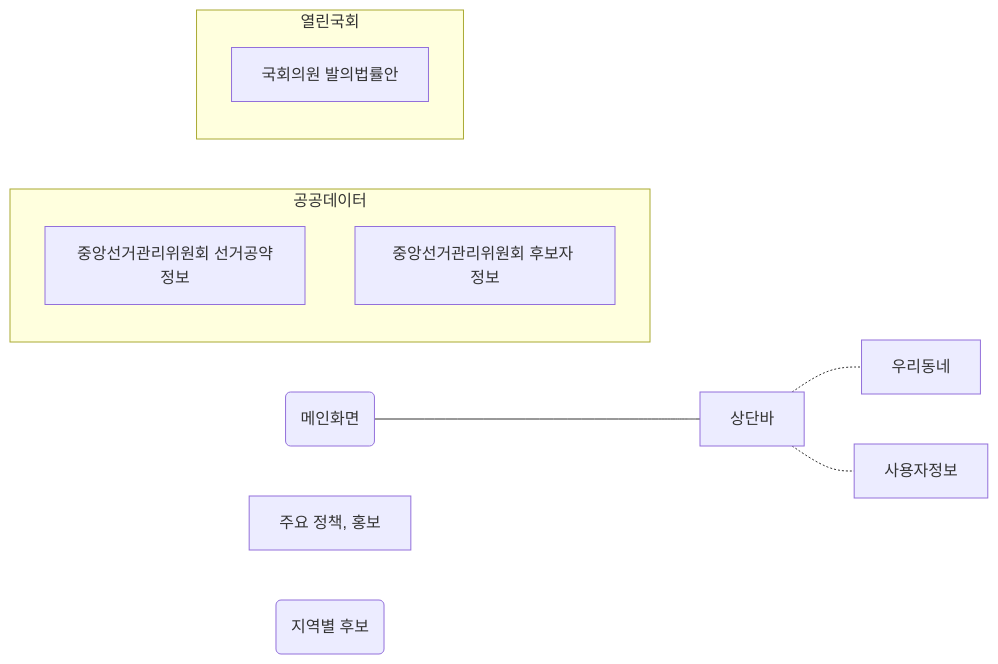
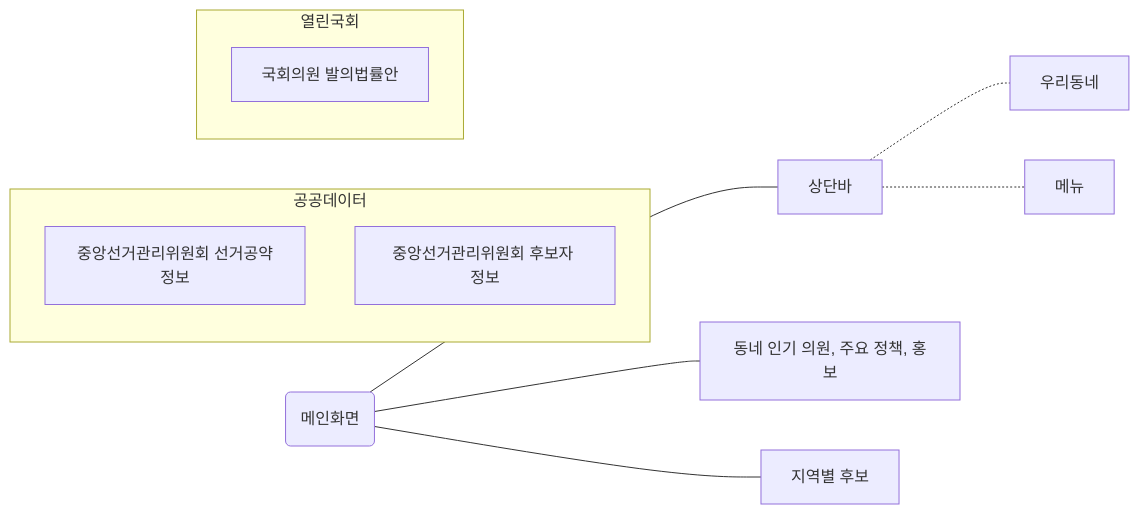
The diagram in flow.md (asiaticblackbear/daily-next), drawn with Mermaid before and after one commit. The commit also changed other lines of this file and 1 other file, not shown here.

Commit message:
기획 작성

`````diff
--- a/flow.md
+++ b/flow.md
@@ -3,24 +12,31 @@
 ````mermaid
 flowchart LR
     home(메인화면)
     appbar[상단바]
-        appbarFn2[우리동네]
-        appbarFn3[사용자정보]
-    advertise[주요 정책, 홍보]
-    list(지역별 후보)
-    home --- appbar
-    appbar -.- appbarFn2
-    appbar -.- appbarFn3
+        appbarLocate[우리동네]
+        appbarMenu[메뉴]
+        
+    
+    advertise[동네 인기 의원, 주요 정책, 홍보]
+    list[지역별 후보]
+    
+    home---appbar
+    home---advertise
+    home---list
+        appbar -.- appbarLocate
+        appbar -.- appbarMenu
 
+    
+    
     subgraph "공공데이터"
         direction BT
         data2[중앙선거관리위원회 선거공약정보]
         data3[중앙선거관리위원회 후보자 정보]
     end
     
     subgraph "열린국회"
         direction BT
         data1[국회의원 발의법률안]
     end
 
 ````
`````
